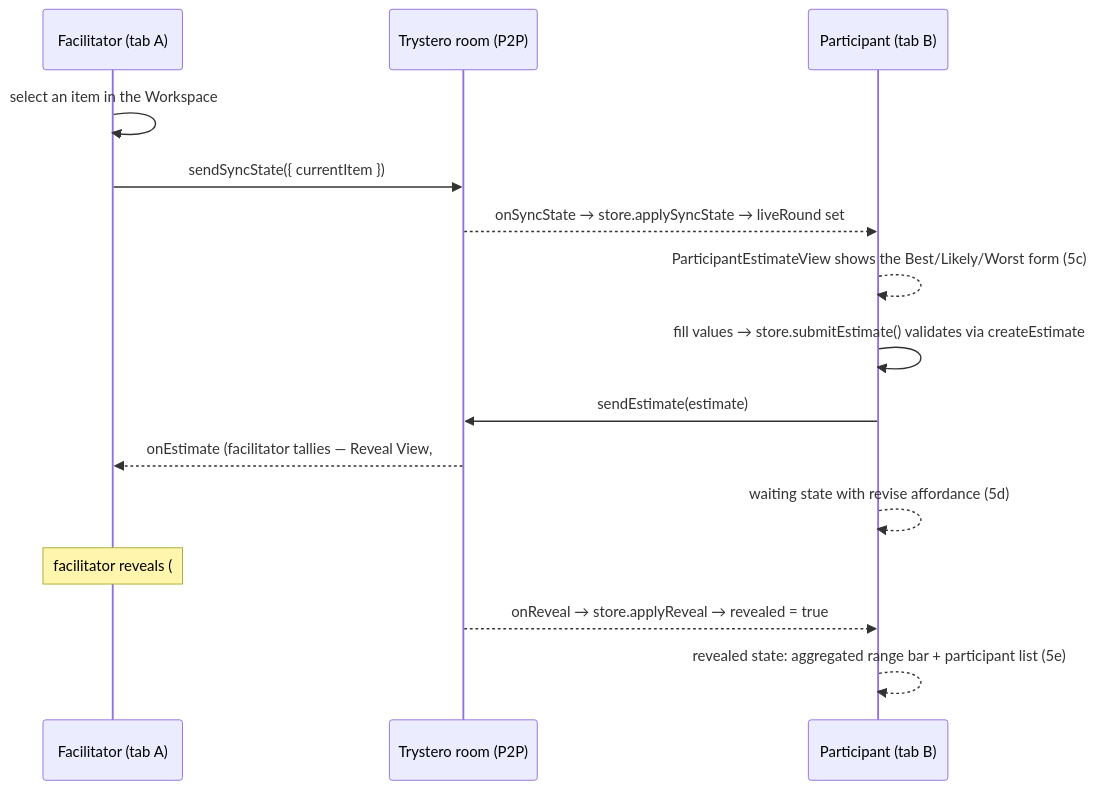
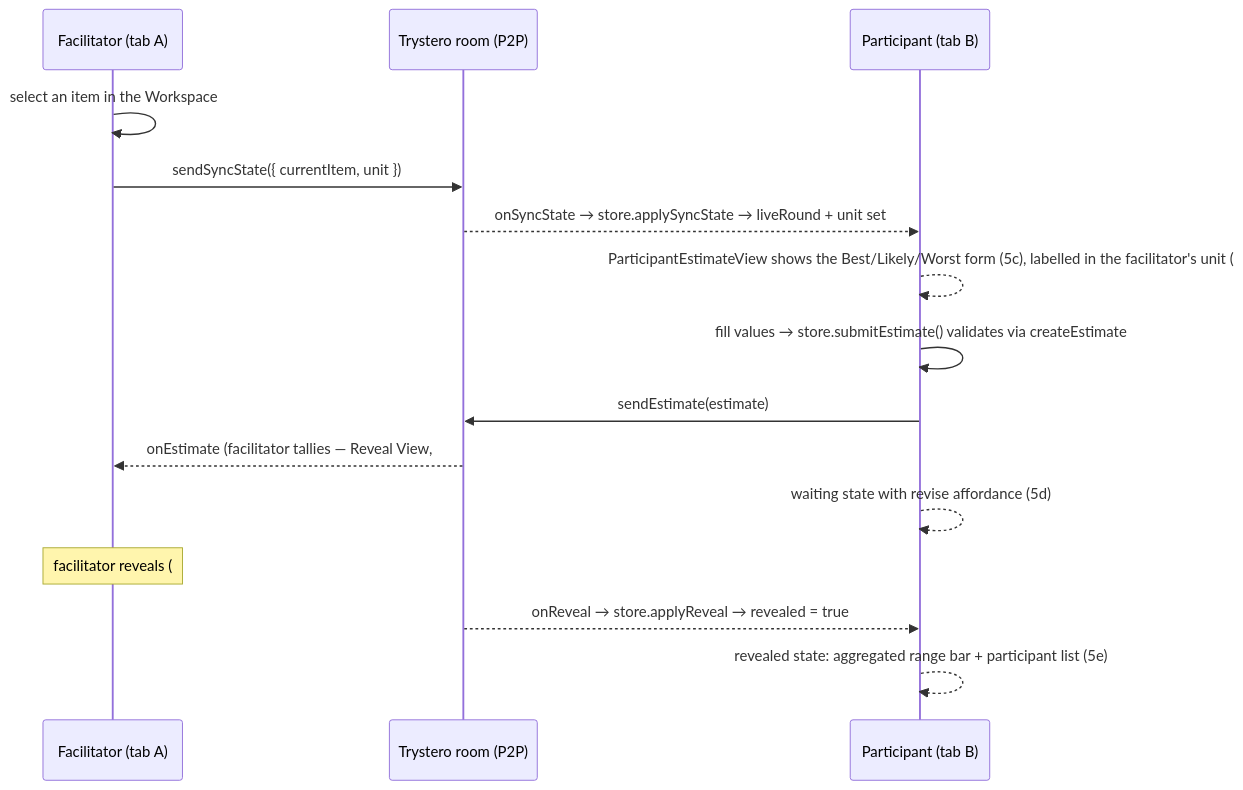
One commit to cfisch3r/estimate changed the third of 5 diagrams in docs/concepts/collaboration-mode.md. Above: the diagram before and after it, drawn with Mermaid. The commit also changed other lines of this file and 10 other files, not shown here.

First line of the commit message:
Sync the session estimation unit to participants (#39) (#43)

````diff
--- a/docs/concepts/collaboration-mode.md
+++ b/docs/concepts/collaboration-mode.md
@@ -142,18 +142,18 @@
 ```mermaid
 sequenceDiagram
   participant F as Facilitator (tab A)
   participant R as Trystero room (P2P)
   participant P as Participant (tab B)
 
   F->>F: select an item in the Workspace
-  F->>R: sendSyncState({ currentItem })
-  R-->>P: onSyncState → store.applySyncState → liveRound set
-  P-->>P: ParticipantEstimateView shows the Best/Likely/Worst form (5c)
+  F->>R: sendSyncState({ currentItem, unit })
+  R-->>P: onSyncState → store.applySyncState → liveRound + unit set
+  P-->>P: ParticipantEstimateView shows the Best/Likely/Worst form (5c), labelled in the facilitator's unit (#39)
   P->>P: fill values → store.submitEstimate() validates via createEstimate
   P->>R: sendEstimate(estimate)
   R-->>F: onEstimate (facilitator tallies — Reveal View, #8)
   P-->>P: waiting state with revise affordance (5d)
   Note over F: facilitator reveals (#8) → sendReveal(itemId)
   R-->>P: onReveal → store.applyReveal → revealed = true
   P-->>P: revealed state: aggregated range bar + participant list (5e)
 ```
````
